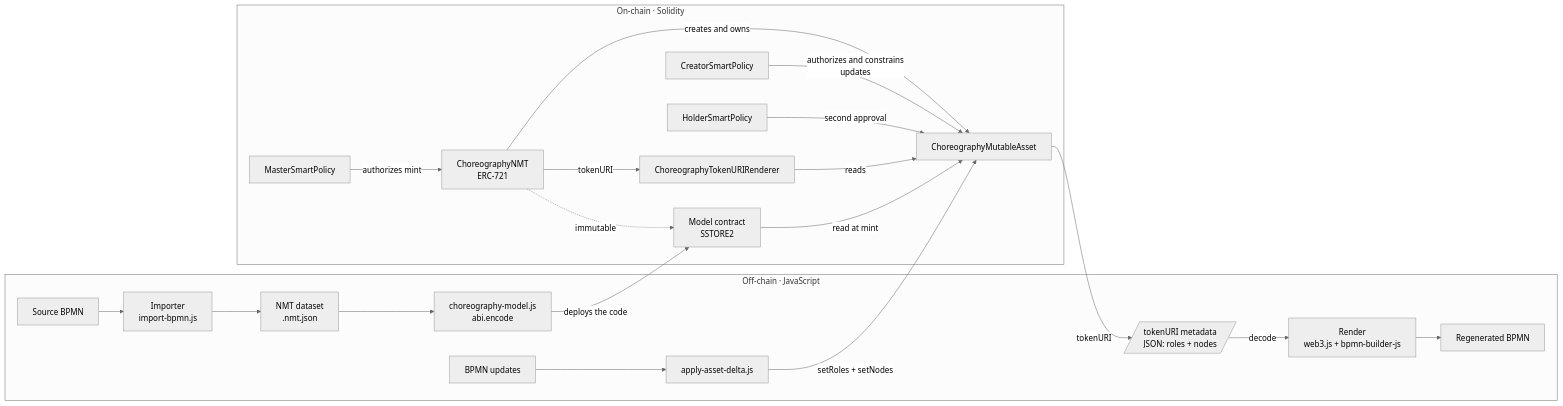
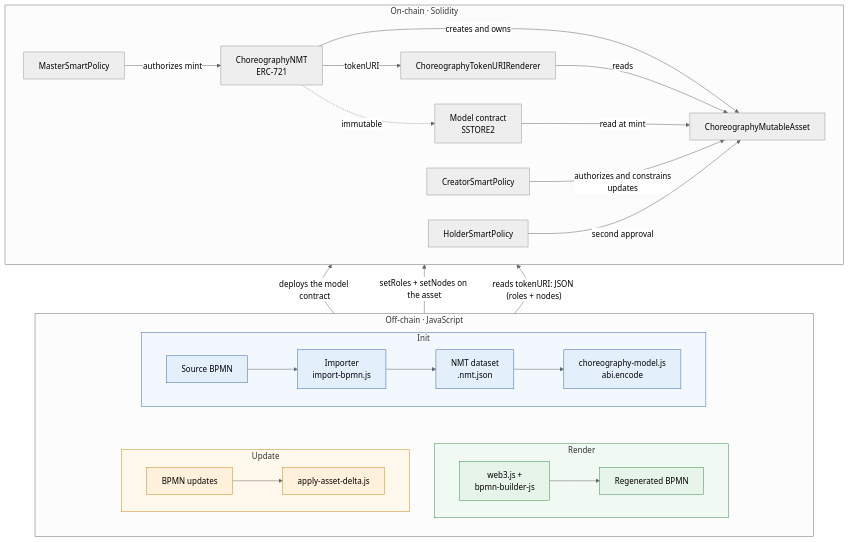
Before and after one commit to d0na/ChorNMT: the diagram in docs/uml/architecture-overview.mmd, drawn with Mermaid (neutral theme). The commit also changed 1 other file, not shown here.

Commit message:
docs: stack the off-chain lanes of the architecture overview under the on-chain block
Colour the init, update, and render lanes and align the two blocks so the figure is narrower.

```diff
--- a/docs/uml/architecture-overview.mmd
+++ b/docs/uml/architecture-overview.mmd
@@ -1,22 +1,46 @@
-flowchart LR
-  subgraph offchain[Off-chain · JavaScript]
-    B[Source BPMN] --> I[Importer<br/>import-bpmn.js]
-    I --> D[NMT dataset<br/>.nmt.json]
-    D --> M[choreography-model.js<br/>abi.encode]
-    U[BPMN updates] --> A[apply-asset-delta.js]
-    J[/tokenURI metadata<br/>JSON: roles + nodes/] -->|decode| R[Render<br/>web3.js + bpmn-builder-js]
-    R --> X[Regenerated BPMN]
-  end
+flowchart BT
   subgraph onchain[On-chain · Solidity]
-    NMT[ChoreographyNMT<br/>ERC-721] -->|creates and owns| CMA[ChoreographyMutableAsset]
-    MP[MasterSmartPolicy] -->|authorizes mint| NMT
+    direction LR
+    MP[MasterSmartPolicy] -->|authorizes mint| NMT[ChoreographyNMT<br/>ERC-721]
+    NMT -->|creates and owns| CMA[ChoreographyMutableAsset]
+    NMT -->|tokenURI| TR[ChoreographyTokenURIRenderer]
+    TR -->|reads| CMA
+    NMT -.->|immutable| MC[Model contract<br/>SSTORE2]
+    MC -->|read at mint| CMA
     CP[CreatorSmartPolicy] -->|authorizes and constrains<br/>updates| CMA
     HP[HolderSmartPolicy] -->|second approval| CMA
-    TR[ChoreographyTokenURIRenderer] -->|reads| CMA
-    NMT -->|tokenURI| TR
-    MC[Model contract<br/>SSTORE2] -->|read at mint| CMA
-    NMT -.->|immutable| MC
   end
-  M -->|deploys the code| MC
-  A -->|setRoles + setNodes| CMA
-  CMA -->|tokenURI| J
+
+  subgraph offchain[Off-chain · JavaScript]
+    direction TB
+    subgraph render[Render]
+      direction LR
+      R[web3.js +<br/>bpmn-builder-js] --> X[Regenerated BPMN]
+    end
+    subgraph update[Update]
+      direction LR
+      U[BPMN updates] --> A[apply-asset-delta.js]
+    end
+    subgraph init[Init]
+      direction LR
+      B[Source BPMN] --> I[Importer<br/>import-bpmn.js]
+      I --> D[NMT dataset<br/>.nmt.json]
+      D --> M[choreography-model.js<br/>abi.encode]
+    end
+  end
+
+  init ~~~ update
+  init ~~~ render
+  init -->|deploys the model contract| onchain
+  update -->|setRoles + setNodes on the asset| onchain
+  render -->|"reads tokenURI: JSON (roles + nodes)"| onchain
+
+  classDef initNode fill:#E3F0FB,stroke:#3A6EA5
+  classDef updateNode fill:#FFF1DB,stroke:#C98A1B
+  classDef renderNode fill:#E6F4EA,stroke:#3C8D50
+  class B,I,D,M initNode
+  class U,A updateNode
+  class R,X renderNode
+  style init fill:#F2F8FD,stroke:#3A6EA5
+  style update fill:#FFF8EC,stroke:#C98A1B
+  style render fill:#F1F9F3,stroke:#3C8D50
```
